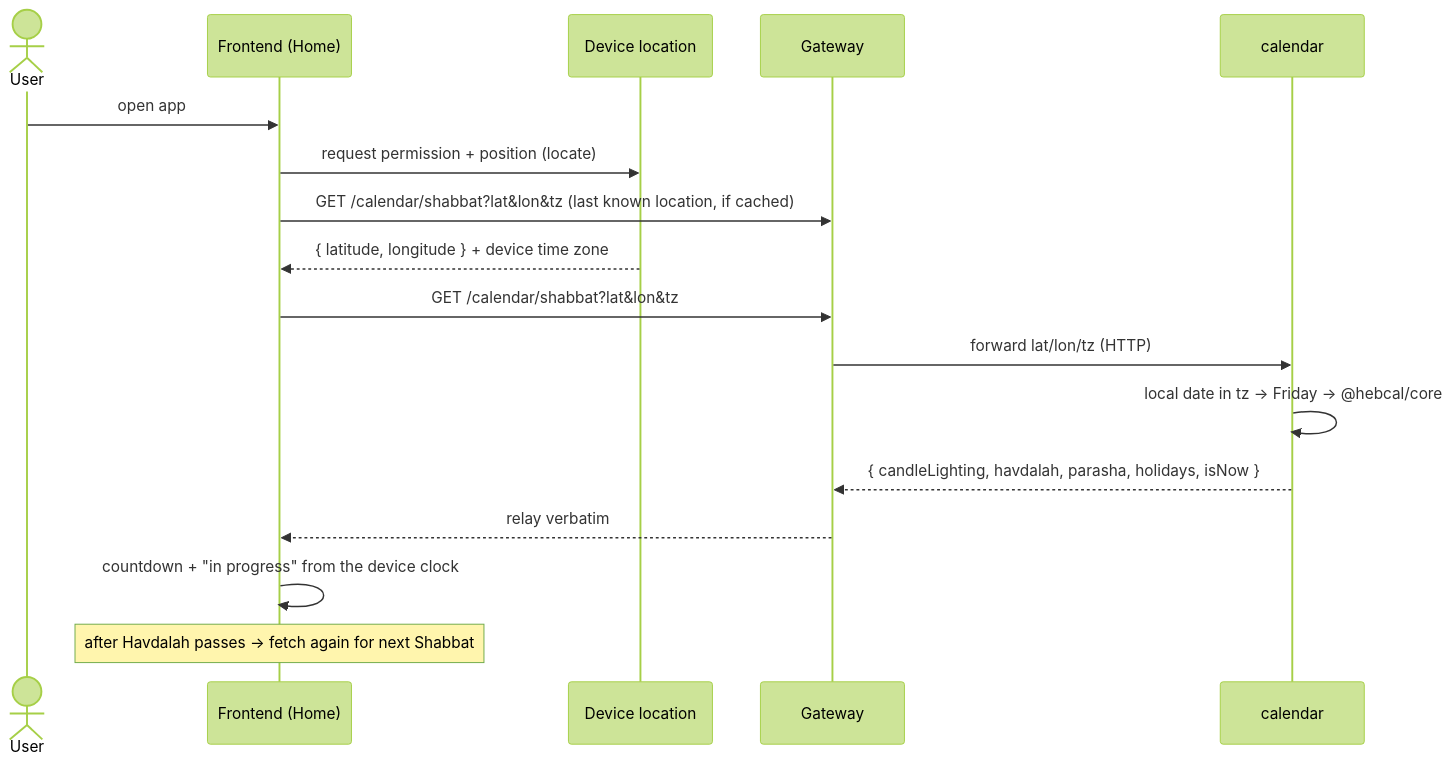
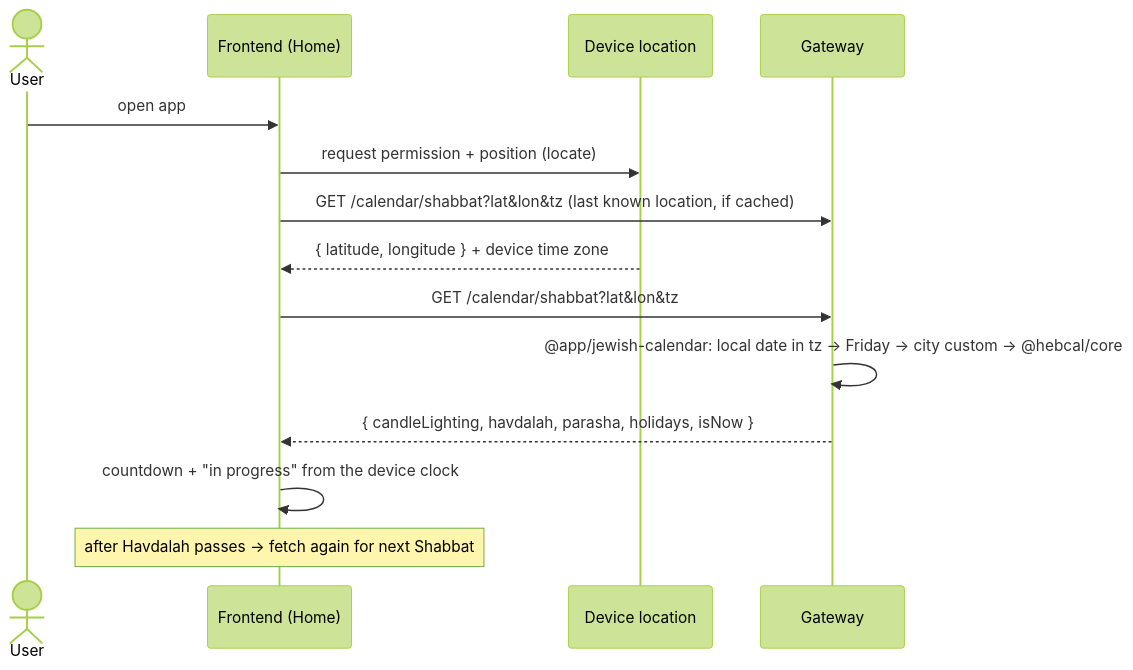
One commit to LidorElmakaies/personal-copilot changed the third of 4 diagrams in docs/specs/architecture.md. Above: the diagram before and after it, drawn with Mermaid (forest theme). The commit also changed other lines of this file and 89 other files, not shown here.

First line of the commit message:
Serve calendar maths from Gateway via a shared lib; Israeli city customs

````diff
--- a/docs/specs/architecture.md
+++ b/docs/specs/architecture.md
@@ -135,20 +137,17 @@
 ```mermaid
 sequenceDiagram
     actor User
     participant App as Frontend (Home)
     participant GPS as Device location
     participant Gateway
-    participant Cal as calendar
 
     User->>App: open app
     App->>GPS: request permission + position (locate)
     App->>Gateway: GET /calendar/shabbat?lat&lon&tz (last known location, if cached)
     GPS-->>App: { latitude, longitude } + device time zone
     App->>Gateway: GET /calendar/shabbat?lat&lon&tz
-    Gateway->>Cal: forward lat/lon/tz (HTTP)
-    Cal->>Cal: local date in tz → Friday → @hebcal/core
-    Cal-->>Gateway: { candleLighting, havdalah, parasha, holidays, isNow }
-    Gateway-->>App: relay verbatim
+    Gateway->>Gateway: @app/jewish-calendar: local date in tz → Friday → city custom → @hebcal/core
+    Gateway-->>App: { candleLighting, havdalah, parasha, holidays, isNow }
     App->>App: countdown + "in progress" from the device clock
     Note over App: after Havdalah passes → fetch again for next Shabbat
 ```
````
